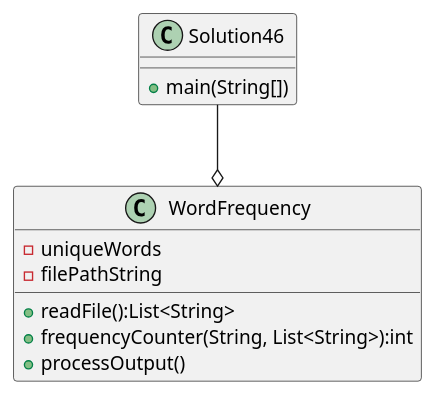
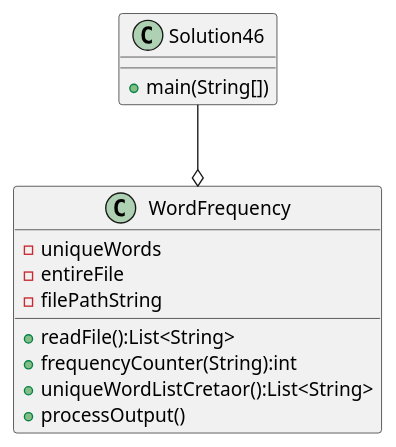
Before and after one commit to jad714/davis-a04: the diagram in exercise46/docs/Solution46.puml, drawn with PlantUML. The commit also changed 4 other files, not shown here.

```diff
--- a/exercise46/docs/Solution46.puml
+++ b/exercise46/docs/Solution46.puml
@@ -1,17 +1,19 @@
 @startuml
 'https://plantuml.com/sequence-diagram
 Class Solution46{
     +main(String[])
 }
 
 Class WordFrequency{
     -uniqueWords
+    -entireFile
     -filePathString
     +readFile():List<String>
-    +frequencyCounter(String, List<String>):int
+    +frequencyCounter(String):int
+    +uniqueWordListCretaor():List<String>
     +processOutput()
 }
 
 Solution46 --o WordFrequency
 
 @enduml
```
